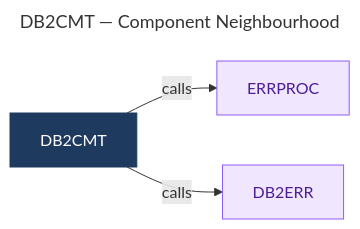
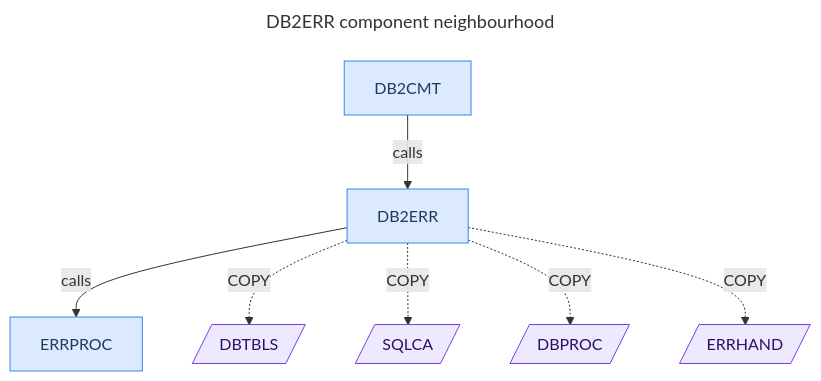
One commit to Udaradg/legacy-modernization-harness changed the eighth of 8 diagrams in output/final_report/brd.md. Above: the diagram before and after it, drawn with Mermaid. The commit also changed other lines of this file and 202 other files, not shown here.

````diff
--- a/output/final_report/brd.md
+++ b/output/final_report/brd.md
@@ -739,19 +1204,23 @@
 ```mermaid
 ---
-title: DB2CMT — Component Neighbourhood
+title: DB2ERR component neighbourhood
 ---
-flowchart LR
-  %% Generated by 6_diagram agent — component-mapper skill
+flowchart TD
+  classDef batch   fill:#dbeafe,stroke:#3b82f6,color:#1e3a5f
+  classDef copybook fill:#ede9fe,stroke:#7c3aed,color:#2e1065
 
-  classDef batch    fill:#dbeafe,stroke:#3b82f6,color:#1e3a5f
-  classDef online   fill:#d1fae5,stroke:#10b981,color:#064e3b
-  classDef common   fill:#f0e7ff,stroke:#8b5cf6,color:#4c1d95
-  classDef focal    fill:#1e3a5f,stroke:#1e3a5f,color:#ffffff
+  DB2ERR[DB2ERR]:::batch
+  ERRPROC[ERRPROC]:::batch
+  DB2CMT[DB2CMT]:::batch
+  DBTBLS[/DBTBLS/]:::copybook
+  SQLCA[/SQLCA/]:::copybook
+  DBPROC[/DBPROC/]:::copybook
+  ERRHAND[/ERRHAND/]:::copybook
 
-  DB2CMT["DB2CMT"]:::focal
-  ERRPROC["ERRPROC"]:::common
-  DB2ERR["DB2ERR"]:::common
-
-  DB2CMT -->|calls| ERRPROC
+  DB2ERR -->|calls| ERRPROC
   DB2CMT -->|calls| DB2ERR
+  DB2ERR -.->|COPY| DBTBLS
+  DB2ERR -.->|COPY| SQLCA
+  DB2ERR -.->|COPY| DBPROC
+  DB2ERR -.->|COPY| ERRHAND
 ```
````
